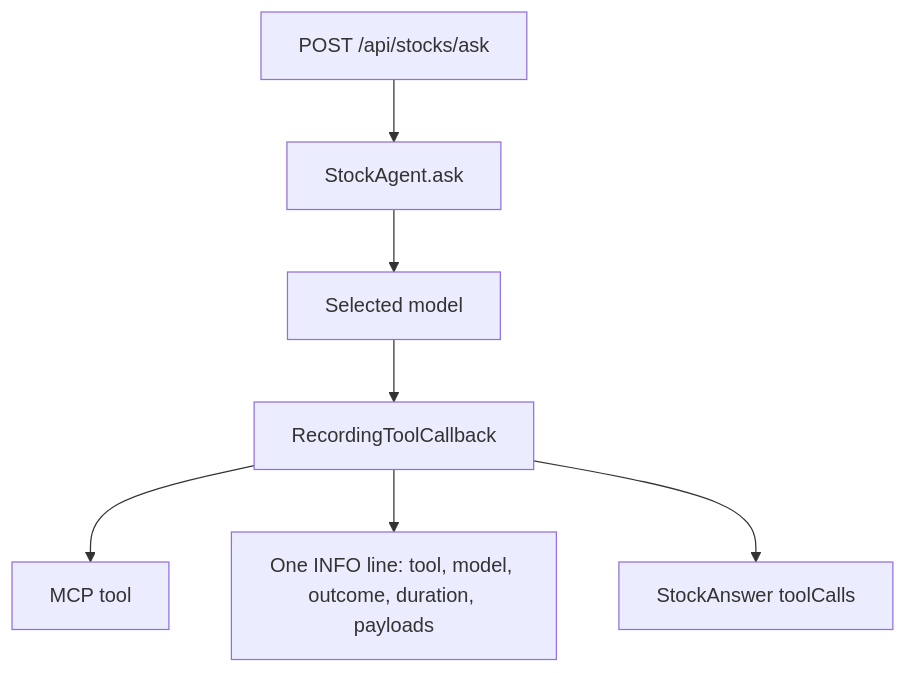
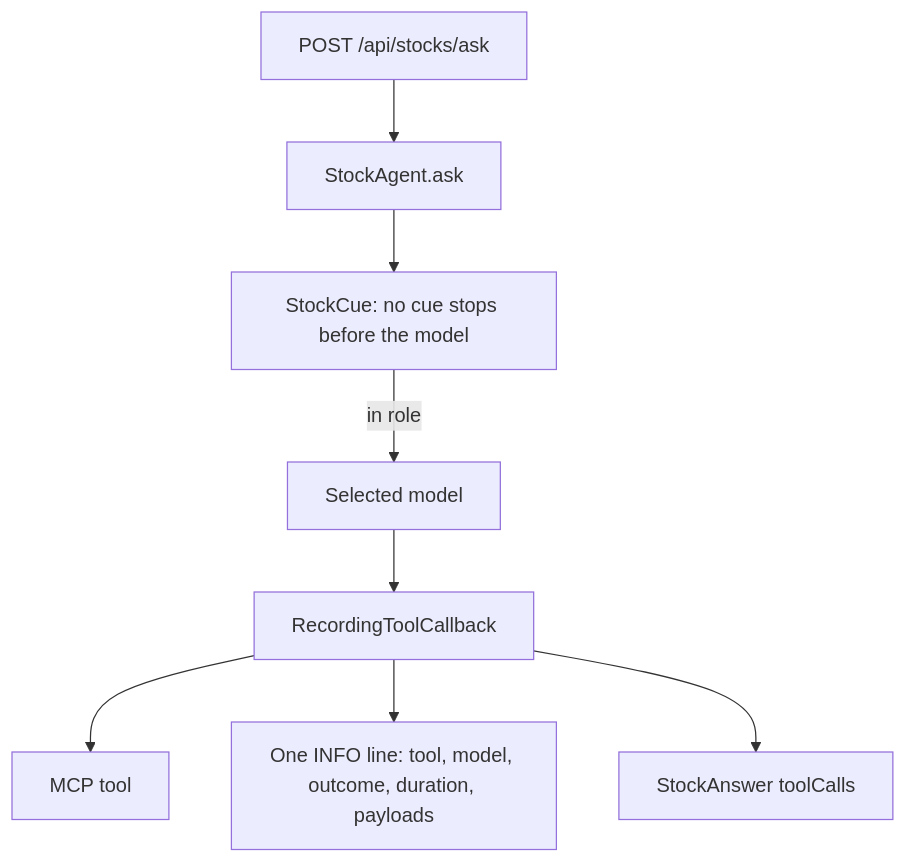
Before and after one commit to tufangorel/spring-boot-ai-stock-mcp: the fifth of 7 diagrams in README.md, drawn with Mermaid. The commit also changed other lines of this file and 4 other files, not shown here.

````diff
--- a/README.md
+++ b/README.md
@@ -581,9 +589,10 @@
 ```mermaid
 flowchart TD
     Request["POST /api/stocks/ask"] --> Ask["StockAgent.ask"]
-    Ask --> Model["Selected model"]
+    Ask --> Cue["StockCue: no cue stops before the model"]
+    Cue -->|in role| Model["Selected model"]
     Model --> Callback["RecordingToolCallback"]
     Callback --> Mcp["MCP tool"]
     Callback --> LogLine["One INFO line: tool, model, outcome, duration, payloads"]
     Callback --> Response["StockAnswer toolCalls"]
 ```
````
